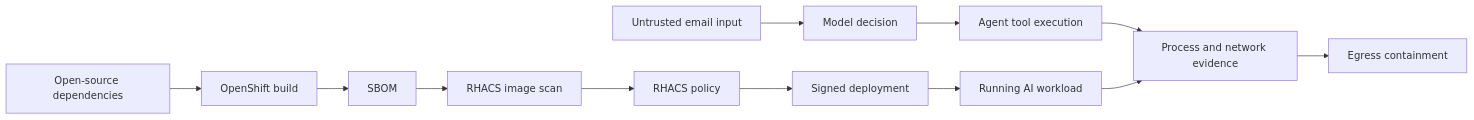
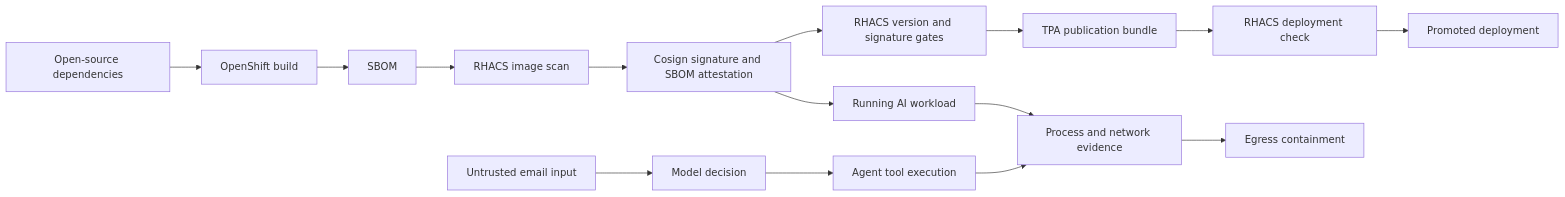
One commit to ralvares/rhacs changed the first of 5 diagrams in README.md. Above: the diagram before and after it, drawn with Mermaid. The commit also changed other lines of this file and 92 other files, not shown here.

````diff
--- a/README.md
+++ b/README.md
@@ -15,16 +15,19 @@
 ```mermaid
 flowchart LR
     dependencies[Open-source dependencies] --> build[OpenShift build]
     build --> sbom[SBOM]
     sbom --> scan[RHACS image scan]
-    scan --> policy[RHACS policy]
-    policy --> signed[Signed deployment]
+    scan --> signed[Cosign signature and SBOM attestation]
+    signed --> imagePolicy[RHACS version and signature gates]
+    imagePolicy --> tpa[TPA publication bundle]
+    tpa --> deployPolicy[RHACS deployment check]
+    deployPolicy --> release[Promoted deployment]
 
     email[Untrusted email input] --> decision[Model decision]
     decision --> tool[Agent tool execution]
     tool --> evidence[Process and network evidence]
 
     signed --> runtime[Running AI workload]
     runtime --> evidence
     evidence --> containment[Egress containment]
 ```
````
